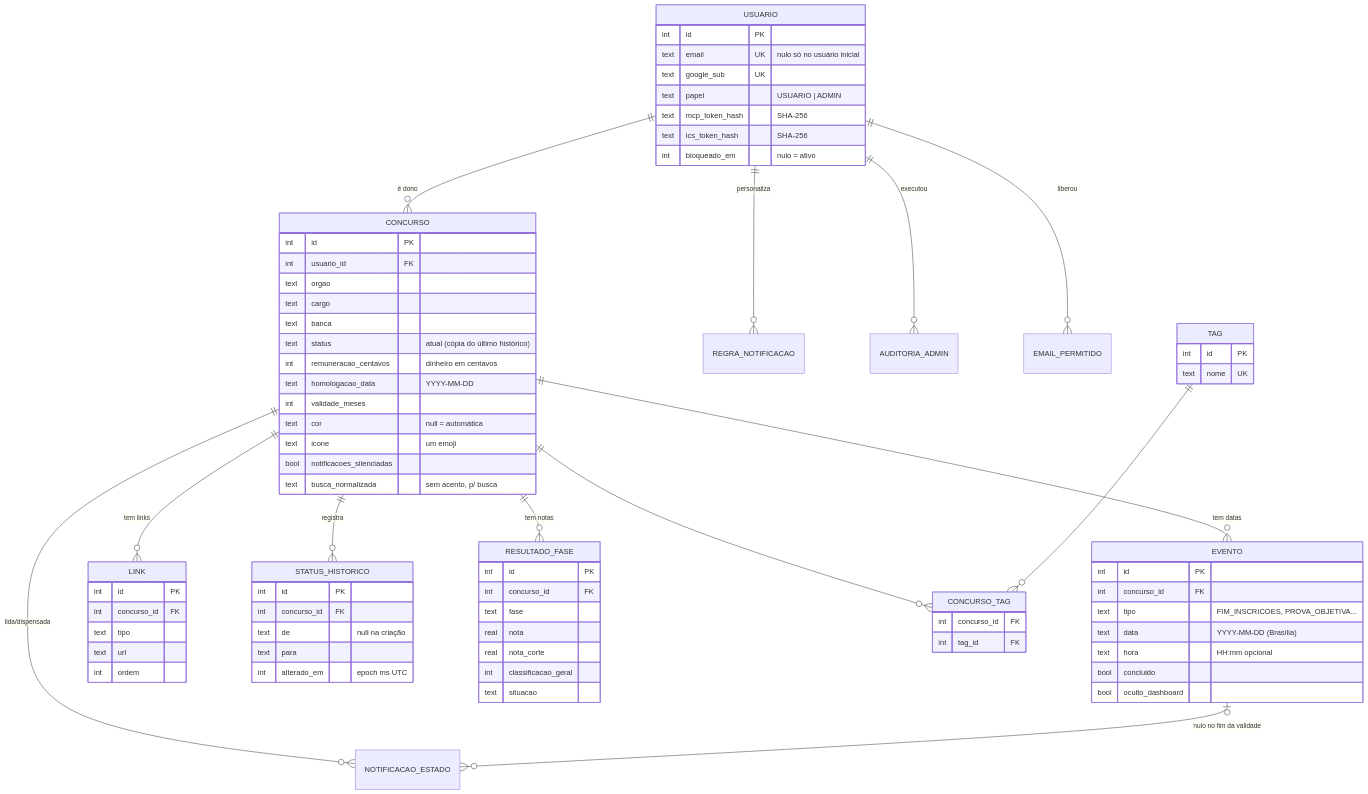
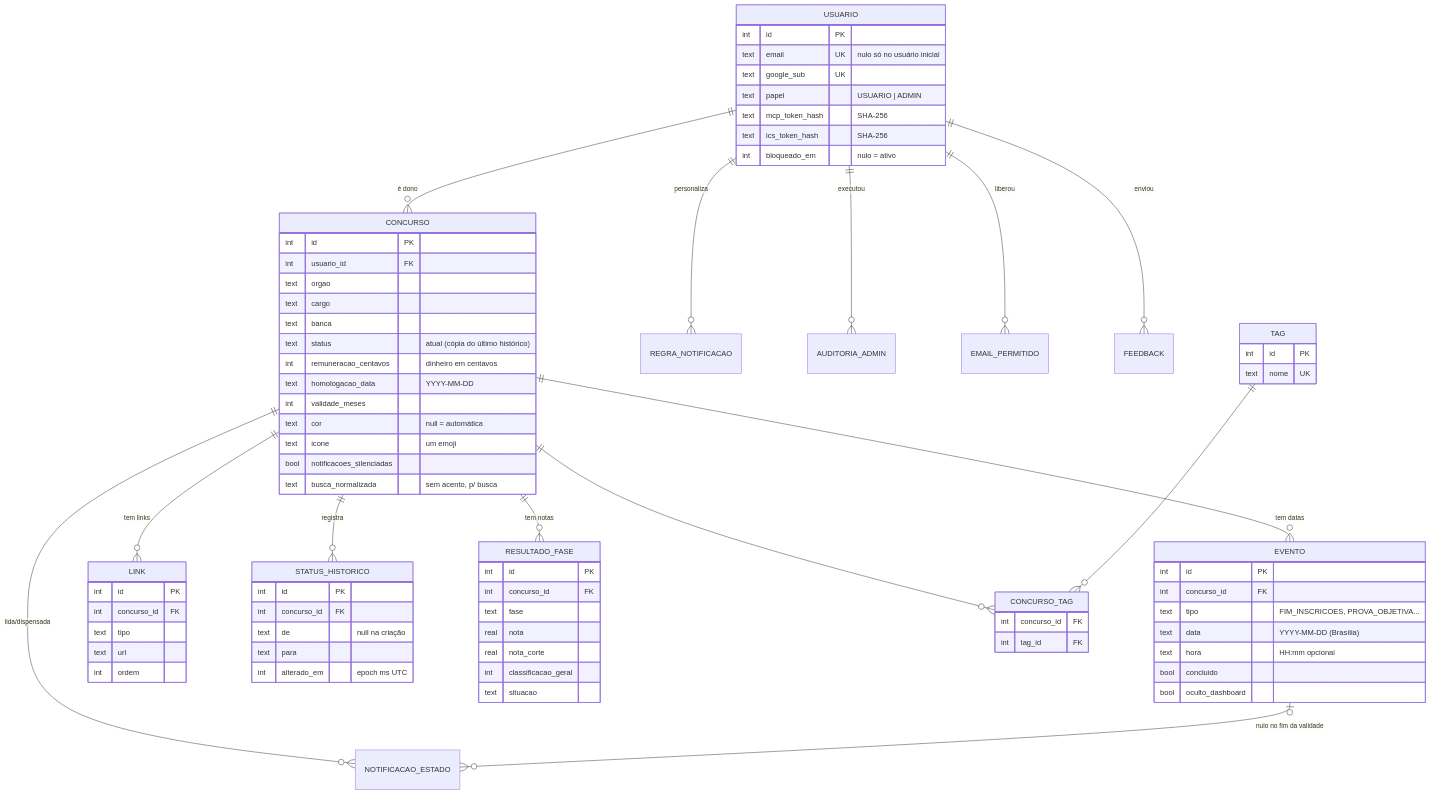
Diagram 12 of 24 in docs/GUIA-ARQUITETURA.md (rkenjiak/concurso), drawn with Mermaid before and after one commit. The commit also changed other lines of this file and 3 other files, not shown here.

````diff
--- a/docs/GUIA-ARQUITETURA.md
+++ b/docs/GUIA-ARQUITETURA.md
@@ -404,80 +404,81 @@
 ```mermaid
 erDiagram
   USUARIO ||--o{ CONCURSO : "é dono"
   USUARIO ||--o{ REGRA_NOTIFICACAO : "personaliza"
   USUARIO ||--o{ AUDITORIA_ADMIN : "executou"
   USUARIO ||--o{ EMAIL_PERMITIDO : "liberou"
+  USUARIO ||--o{ FEEDBACK : "enviou"
   CONCURSO ||--o{ EVENTO : "tem datas"
   CONCURSO ||--o{ LINK : "tem links"
   CONCURSO ||--o{ STATUS_HISTORICO : "registra"
   CONCURSO ||--o{ RESULTADO_FASE : "tem notas"
   CONCURSO ||--o{ CONCURSO_TAG : ""
   TAG ||--o{ CONCURSO_TAG : ""
   CONCURSO ||--o{ NOTIFICACAO_ESTADO : "lida/dispensada"
   EVENTO |o--o{ NOTIFICACAO_ESTADO : "nulo no fim da validade"
 
   USUARIO {
     int id PK
     text email UK "nulo só no usuário inicial"
     text google_sub UK
     text papel "USUARIO | ADMIN"
     text mcp_token_hash "SHA-256"
     text ics_token_hash "SHA-256"
     int bloqueado_em "nulo = ativo"
   }
   CONCURSO {
     int id PK
     int usuario_id FK
     text orgao
     text cargo
     text banca
     text status "atual (cópia do último histórico)"
     int remuneracao_centavos "dinheiro em centavos"
     text homologacao_data "YYYY-MM-DD"
     int validade_meses
     text cor "null = automática"
     text icone "um emoji"
     bool notificacoes_silenciadas
     text busca_normalizada "sem acento, p/ busca"
   }
   EVENTO {
     int id PK
     int concurso_id FK
     text tipo "FIM_INSCRICOES, PROVA_OBJETIVA..."
     text data "YYYY-MM-DD (Brasília)"
     text hora "HH:mm opcional"
     bool concluido
     bool oculto_dashboard
   }
   STATUS_HISTORICO {
     int id PK
     int concurso_id FK
     text de "null na criação"
     text para
     int alterado_em "epoch ms UTC"
   }
   RESULTADO_FASE {
     int id PK
     int concurso_id FK
     text fase
     real nota
     real nota_corte
     int classificacao_geral
     text situacao
   }
   LINK {
     int id PK
     int concurso_id FK
     text tipo
     text url
     int ordem
   }
   TAG {
     int id PK
     text nome UK
   }
   CONCURSO_TAG {
     int concurso_id FK
     int tag_id FK
   }
 ```
````
